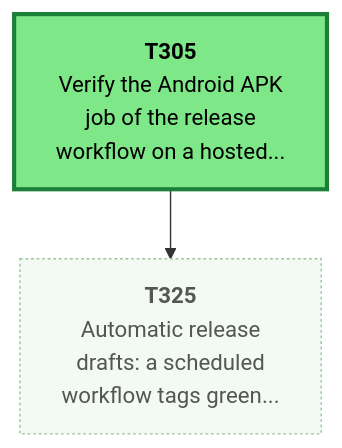
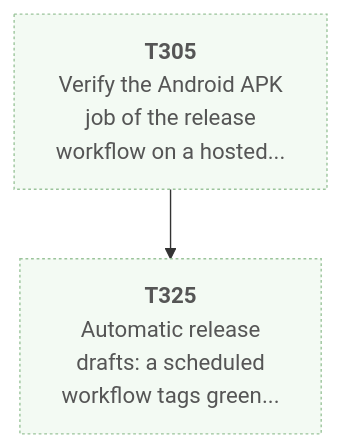
The second of 4 diagrams in csharp/migration/DEPENDENCY_MAP.md (Kenmura/UncivSharp), drawn with Mermaid before and after one commit. The commit also changed other lines of this file and 5 other files, not shown here.

````diff
--- a/csharp/migration/DEPENDENCY_MAP.md
+++ b/csharp/migration/DEPENDENCY_MAP.md
@@ -75,15 +74,15 @@
 ```mermaid
 flowchart TD
   T305["<b>T305</b><br/>Verify the Android APK<br/>job of the release<br/>workflow on a hosted..."]
   T325["<b>T325</b><br/>Automatic release<br/>drafts: a scheduled<br/>workflow tags green..."]
   T305 --> T325
   classDef waiting fill:#f3faf3,stroke:#9bc49b,color:#555,stroke-dasharray:2 2
   classDef ondeck fill:#ffe8cc,stroke:#e8590c,stroke-width:3px,color:#000
   classDef ready fill:#7ee787,stroke:#1a7f37,stroke-width:3px,color:#000
   classDef prog fill:#fff3b0,stroke:#b58900,color:#000
   classDef review fill:#cfe4ff,stroke:#1f6feb,color:#000
   classDef blocked fill:#ffd6d6,stroke:#c62828,color:#000
   classDef done fill:#eeeeee,stroke:#999999,color:#666,stroke-dasharray:4 3
-  class T305 ready
+  class T305 waiting
   class T325 waiting
 ```
````
